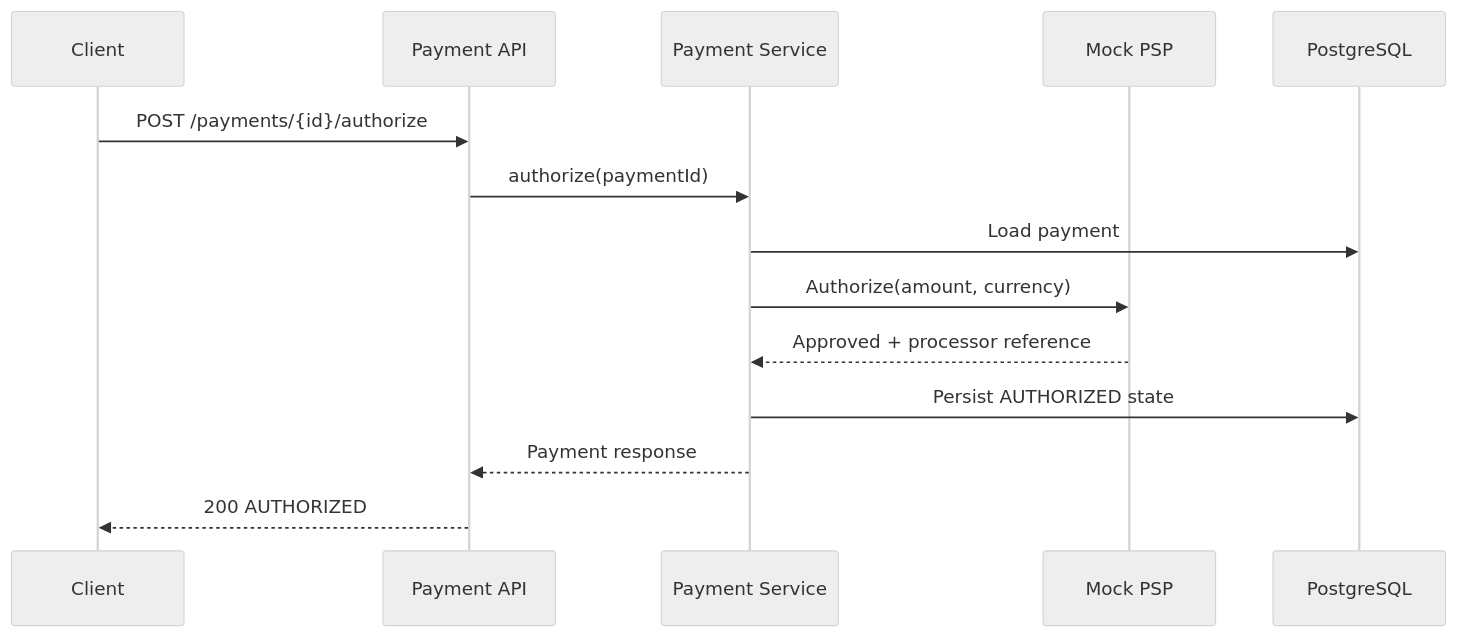
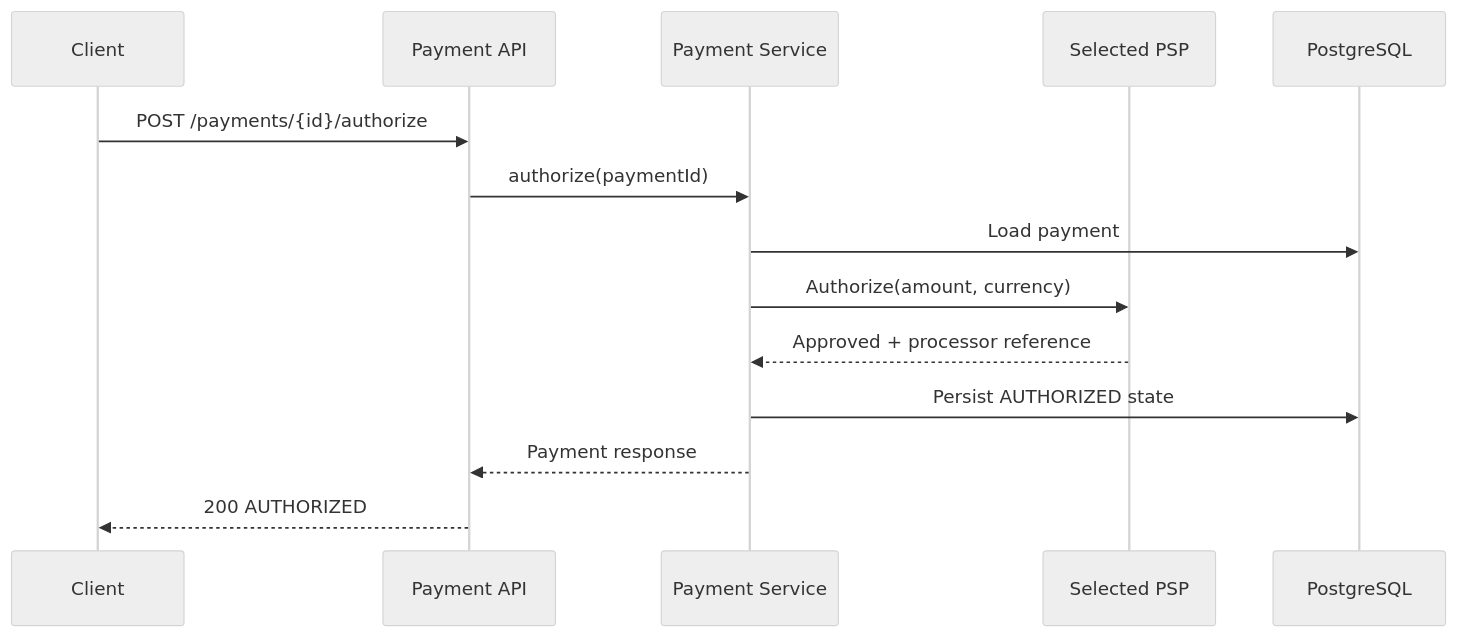
The second of 3 diagrams in payment-platform-poc-docs/payment-platform-poc/docs/01-system-overview.md (kagarwaltech-sys/payment-platform-poc), drawn with Mermaid (neutral theme) before and after one commit. The commit also changed other lines of this file and 9 other files, not shown here.

````diff
--- a/payment-platform-poc-docs/payment-platform-poc/docs/01-system-overview.md
+++ b/payment-platform-poc-docs/payment-platform-poc/docs/01-system-overview.md
@@ -24,17 +32,17 @@
 ```mermaid
 sequenceDiagram
     participant Client
     participant API as Payment API
     participant Service as Payment Service
-    participant PSP as Mock PSP
+    participant PSP as Selected PSP
     participant DB as PostgreSQL
 
     Client->>API: POST /payments/{id}/authorize
     API->>Service: authorize(paymentId)
     Service->>DB: Load payment
     Service->>PSP: Authorize(amount, currency)
     PSP-->>Service: Approved + processor reference
     Service->>DB: Persist AUTHORIZED state
     Service-->>API: Payment response
     API-->>Client: 200 AUTHORIZED
 ```
````
